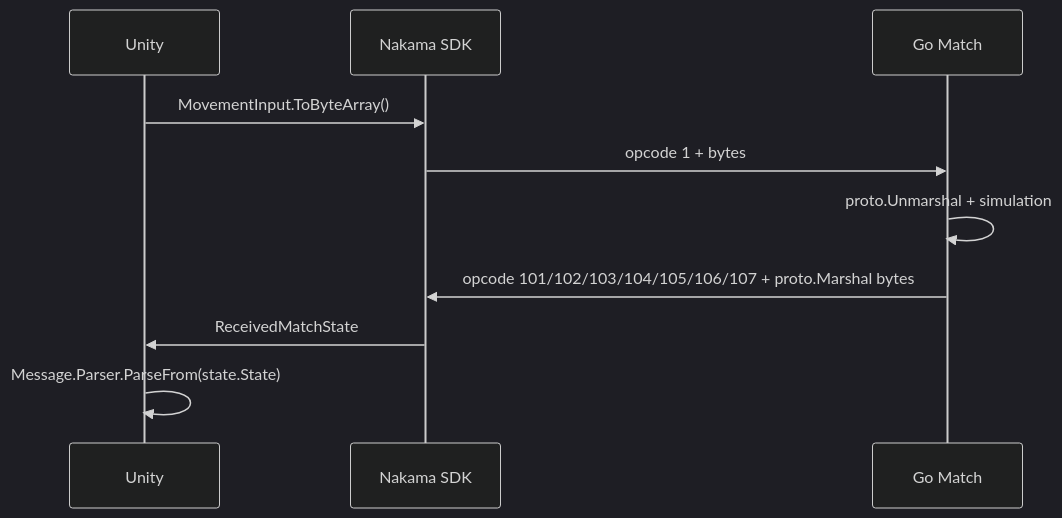
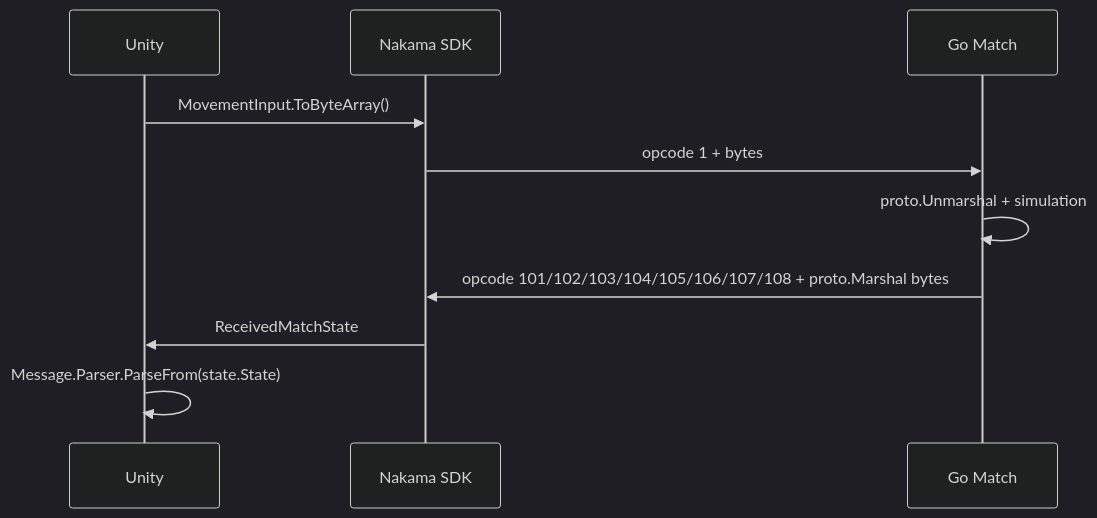
One commit to Zeal-Games-Studio-Development/squad-survival-server changed the diagram in docs/realtime-protocol.md. Above: the diagram before and after it, drawn with Mermaid (dark theme). The commit also changed other lines of this file and 16 other files, not shown here.

````diff
--- a/docs/realtime-protocol.md
+++ b/docs/realtime-protocol.md
@@ -33,12 +35,12 @@
 ```mermaid
 sequenceDiagram
     participant Unity
     participant NakamaSDK as Nakama SDK
     participant Match as Go Match
     Unity->>NakamaSDK: MovementInput.ToByteArray()
     NakamaSDK->>Match: opcode 1 + bytes
     Match->>Match: proto.Unmarshal + simulation
-    Match->>NakamaSDK: opcode 101/102/103/104/105/106/107 + proto.Marshal bytes
+    Match->>NakamaSDK: opcode 101/102/103/104/105/106/107/108 + proto.Marshal bytes
     NakamaSDK->>Unity: ReceivedMatchState
     Unity->>Unity: Message.Parser.ParseFrom(state.State)
 ```
````
